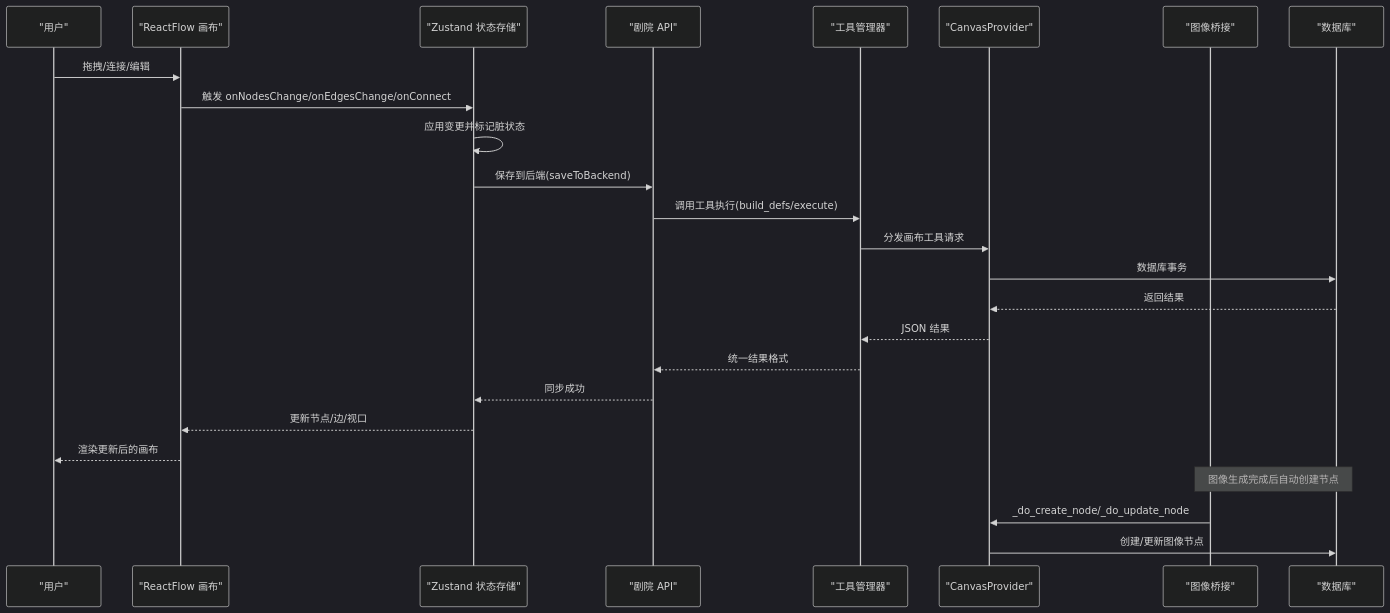
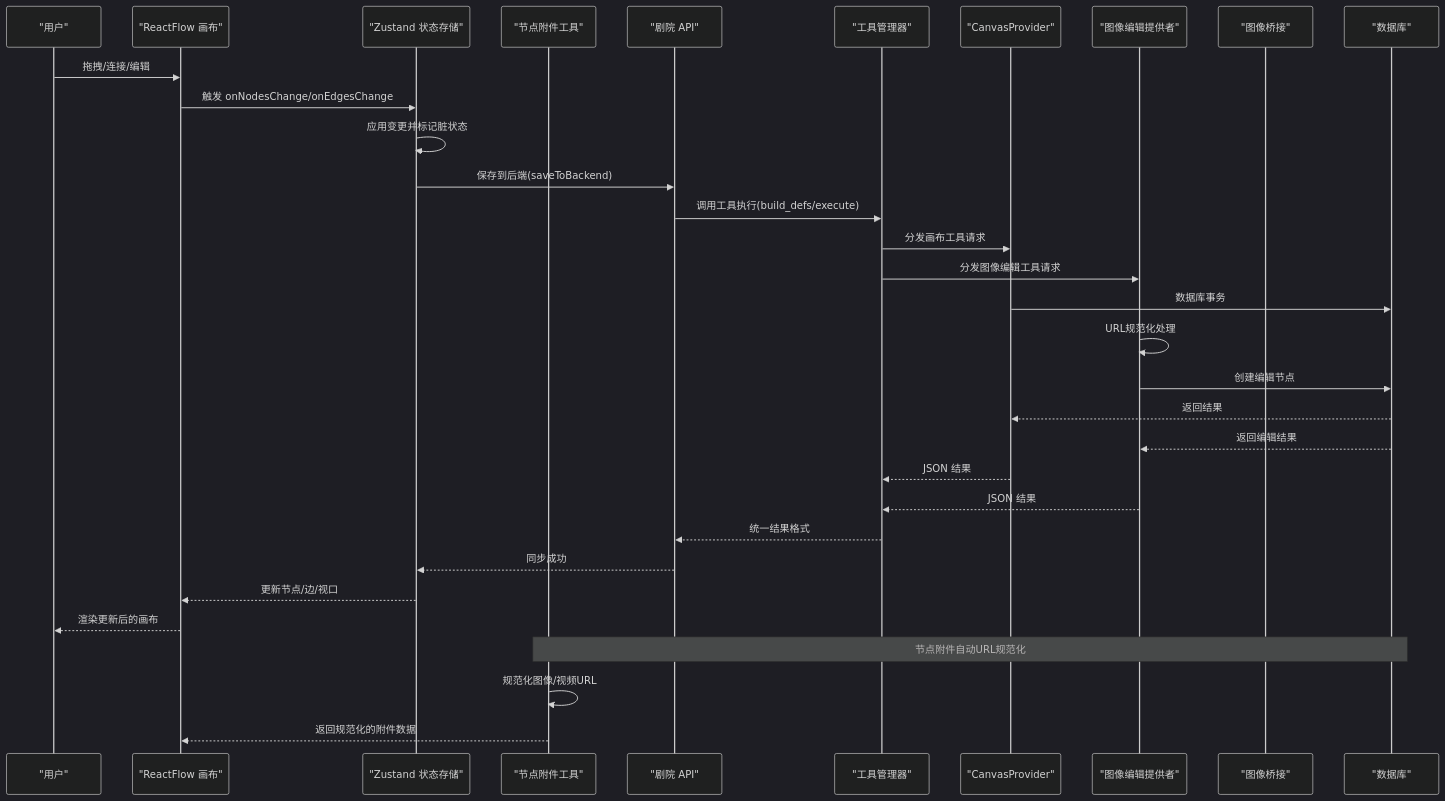
One commit to KunLabAI/KunFlix changed the second of 11 diagrams in .qoder/repowiki/zh/content/后端服务架构/业务服务层/智能体执行服务/画布工具集成.md. Above: the diagram before and after it, drawn with Mermaid (dark theme). The commit also changed other lines of this file and 10 other files, not shown here.

First line of the commit message:
feat(gemini): 新增Gemini Nano Banana图像生成功能及编辑支持

````diff
--- a/.qoder/repowiki/zh/content/后端服务架构/业务服务层/智能体执行服务/画布工具集成.md
+++ b/.qoder/repowiki/zh/content/后端服务架构/业务服务层/智能体执行服务/画布工具集成.md
@@ -125,27 +151,34 @@
 ```mermaid
 sequenceDiagram
 participant U as "用户"
 participant RF as "ReactFlow 画布"
 participant Store as "Zustand 状态存储"
+participant AttachmentUtils as "节点附件工具"
 participant API as "剧院 API"
 participant TM as "工具管理器"
 participant CP as "CanvasProvider"
+participant IEP as "图像编辑提供者"
 participant ICB as "图像桥接"
 participant DB as "数据库"
 U->>RF : 拖拽/连接/编辑
-RF->>Store : 触发 onNodesChange/onEdgesChange/onConnect
+RF->>Store : 触发 onNodesChange/onEdgesChange
 Store->>Store : 应用变更并标记脏状态
 Store->>API : 保存到后端(saveToBackend)
 API->>TM : 调用工具执行(build_defs/execute)
 TM->>CP : 分发画布工具请求
+TM->>IEP : 分发图像编辑工具请求
 CP->>DB : 数据库事务
+IEP->>IEP : URL规范化处理
+IEP->>DB : 创建编辑节点
 DB-->>CP : 返回结果
+DB-->>IEP : 返回编辑结果
 CP-->>TM : JSON 结果
+IEP-->>TM : JSON 结果
 TM-->>API : 统一结果格式
 API-->>Store : 同步成功
 Store-->>RF : 更新节点/边/视口
 RF-->>U : 渲染更新后的画布
-Note over ICB,DB : 图像生成完成后自动创建节点
-ICB->>CP : _do_create_node/_do_update_node
-CP->>DB : 创建/更新图像节点
+Note over AttachmentUtils,DB : 节点附件自动URL规范化
+AttachmentUtils->>AttachmentUtils : 规范化图像/视频URL
+AttachmentUtils-->>RF : 返回规范化的附件数据
 ```
````
